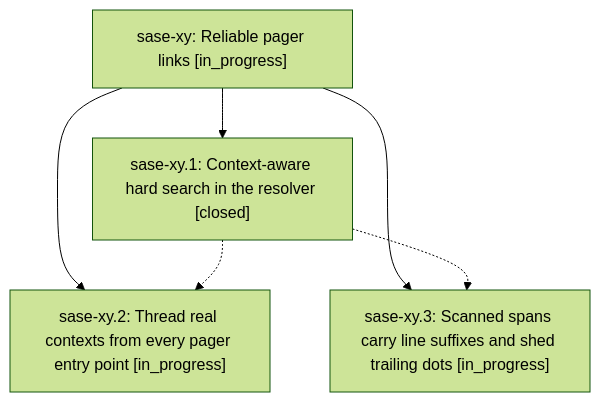
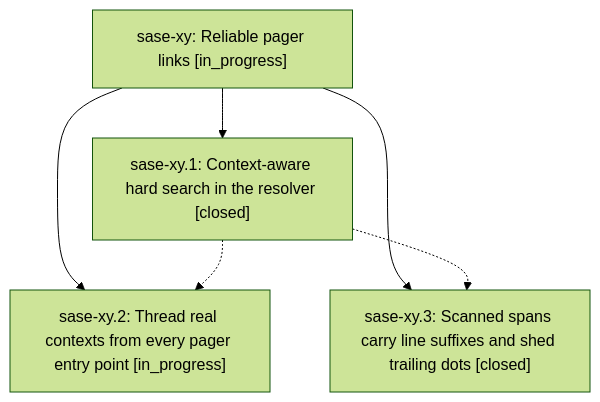
One commit to sase-org/sase--beads changed the diagram in pages/sase-xy/README.md. Above: the diagram before and after it, drawn with Mermaid (forest theme). The commit also changed other lines of this file and 2 other files, not shown here.

First line of the commit message:
chore(beads): sync bead state and pages for sase-xy

````diff
--- a/pages/sase-xy/README.md
+++ b/pages/sase-xy/README.md
@@ -36,12 +36,12 @@
 ```mermaid
 flowchart TD
     n0["sase-xy: Reliable pager links [in_progress]"]
     n1["sase-xy.1: Context-aware hard search in the resolver [closed]"]
     n2["sase-xy.2: Thread real contexts from every pager entry point [in_progress]"]
-    n3["sase-xy.3: Scanned spans carry line suffixes and shed trailing dots [in_progress]"]
+    n3["sase-xy.3: Scanned spans carry line suffixes and shed trailing dots [closed]"]
     n0 --> n1
     n0 --> n2
     n0 --> n3
     n1 -.-> n2
     n1 -.-> n3
 ```
````
